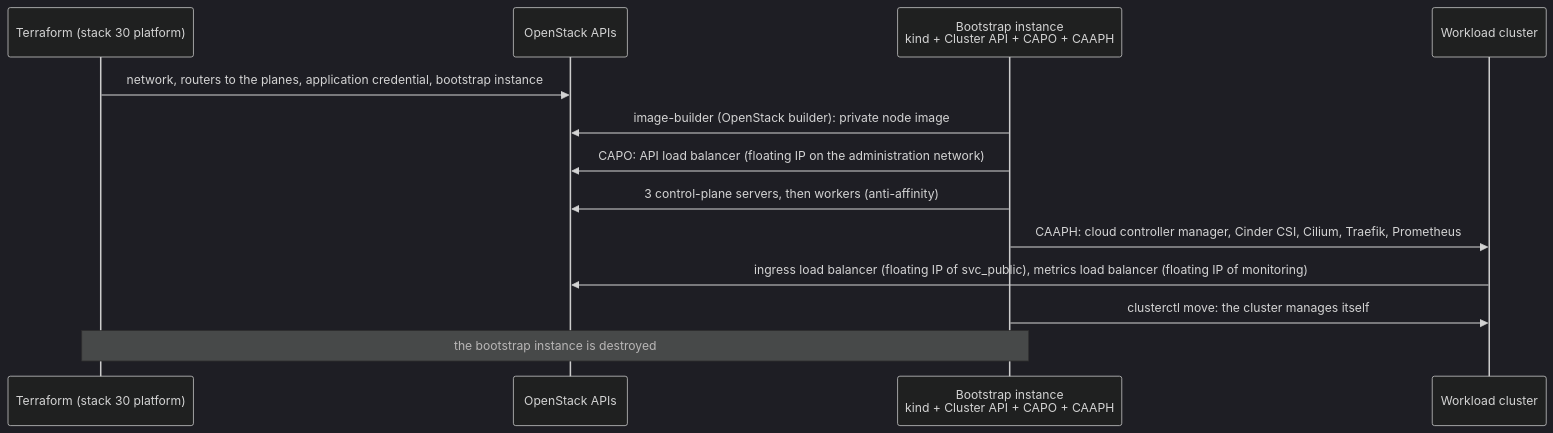
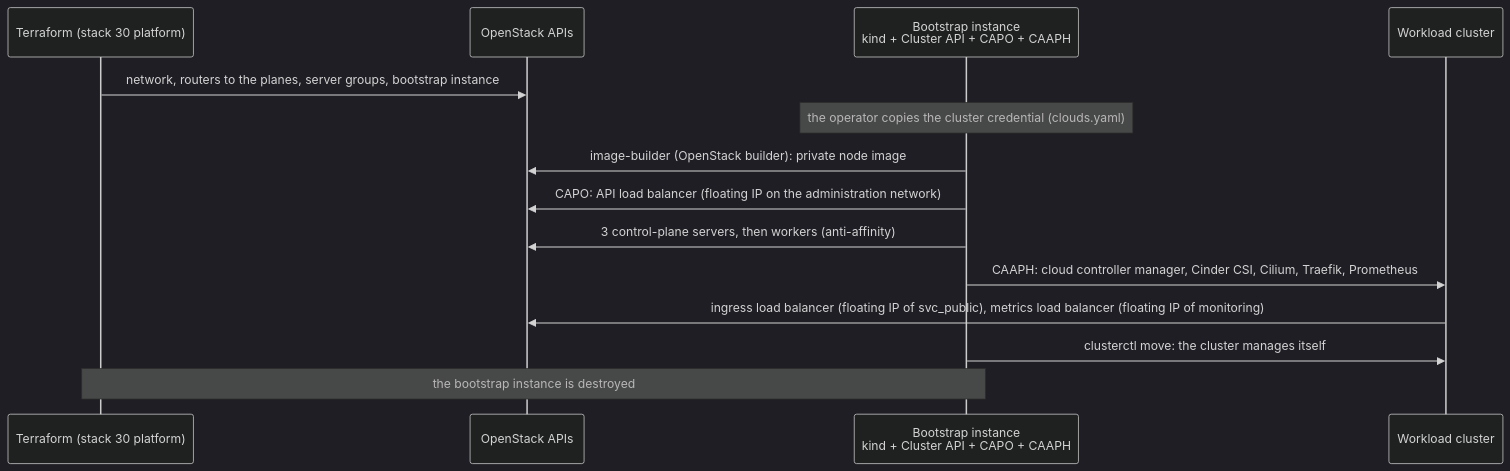
One commit to CyprisTech/openstack-multitenant-reference changed the fourth of 4 diagrams in docs/architecture.md. Above: the diagram before and after it, drawn with Mermaid (dark theme). The commit also changed other lines of this file and 2 other files, not shown here.

Commit message:
Platform: cluster credential created by the operator, stack README
ADR-0002 D1: the application credential of the cluster is created by the
operator and copied to the bootstrap instance, never by Terraform, which
would store the secret in its state and need an unrestricted credential.

````diff
--- a/docs/architecture.md
+++ b/docs/architecture.md
@@ -116,15 +116,16 @@
 ```mermaid
 sequenceDiagram
     participant TF as Terraform (stack 30 platform)
     participant OS as OpenStack APIs
     participant B as Bootstrap instance<br/>kind + Cluster API + CAPO + CAAPH
     participant W as Workload cluster
-    TF->>OS: network, routers to the planes, application credential, bootstrap instance
+    TF->>OS: network, routers to the planes, server groups, bootstrap instance
+    Note over B: the operator copies the cluster credential (clouds.yaml)
     B->>OS: image-builder (OpenStack builder): private node image
     B->>OS: CAPO: API load balancer (floating IP on the administration network)
     B->>OS: 3 control-plane servers, then workers (anti-affinity)
     B->>W: CAAPH: cloud controller manager, Cinder CSI, Cilium, Traefik, Prometheus
     W->>OS: ingress load balancer (floating IP of svc_public), metrics load balancer (floating IP of monitoring)
     B->>W: clusterctl move: the cluster manages itself
     Note over TF,B: the bootstrap instance is destroyed
 ```
````
